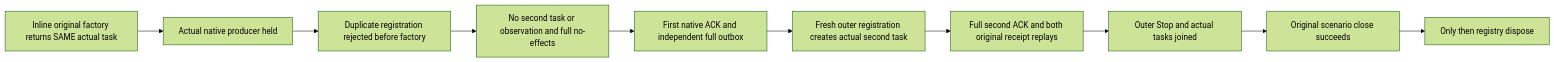
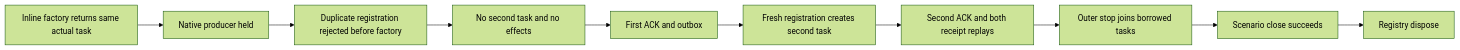
Before and after one commit to managedcode/KeyLoad: the diagram in docs/Features/ClusterRouting/ConnectionCallerFactory.md, drawn with Mermaid (forest theme). The commit also changed other lines of this file and 7356 other files, not shown here.

````diff
--- a/docs/Features/ClusterRouting/ConnectionCallerFactory.md
+++ b/docs/Features/ClusterRouting/ConnectionCallerFactory.md
@@ -11,12 +13,12 @@
 ```mermaid
 flowchart LR
- A[Inline original factory returns SAME actual task] --> B[Actual native producer held]
+ A[Inline factory returns same actual task] --> B[Native producer held]
  B --> C[Duplicate registration rejected before factory]
- C --> D[No second task or observation and full no-effects]
- D --> E[First native ACK and independent full outbox]
- E --> F[Fresh outer registration creates actual second task]
- F --> G[Full second ACK and both original receipt replays]
- G --> H[Outer Stop and actual tasks joined]
- H --> I[Original scenario close succeeds]
- I --> J[Only then registry dispose]
+ C --> D[No second task and no effects]
+ D --> E[First ACK and outbox]
+ E --> F[Fresh registration creates second task]
+ F --> G[Second ACK and both receipt replays]
+ G --> H[Outer stop joins borrowed tasks]
+ H --> I[Scenario close succeeds]
+ I --> J[Registry dispose]
 ```
````
